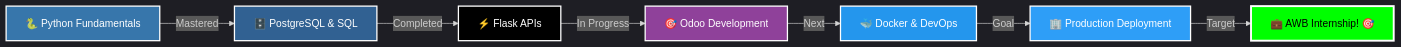
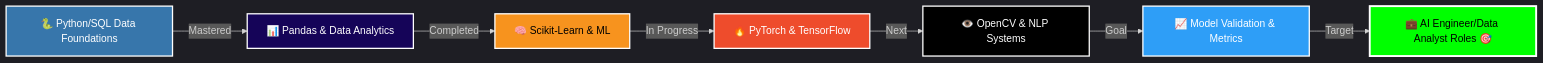
Before and after one commit to benben000000/benben000000: the diagram in README.md, drawn with Mermaid. The commit also changed other lines of this file and 2 other files, not shown here.

Commit message:
feat: optimize profile for AI Engineer and Data Analyst roles, add new AI project portfolio showcase

````diff
--- a/README.md
+++ b/README.md
@@ -462,18 +457,18 @@
 ```mermaid
 %%{init: {'theme':'dark', 'themeVariables': { 'darkMode': true }}}%%
 graph LR
-    A[🐍 Python Fundamentals] -->|Mastered| B[🗄️ PostgreSQL & SQL]
-    B -->|Completed| C[⚡ Flask APIs]
-    C -->|In Progress| D[🎯 Odoo Development]
-    D -->|Next| E[🐳 Docker & DevOps]
-    E -->|Goal| F[🏢 Production Deployment]
-    F -->|Target| G[💼 AWB Internship! 🎯]
+    A[🐍 Python/SQL Data Foundations] -->|Mastered| B[📊 Pandas & Data Analytics]
+    B -->|Completed| C[🧠 Scikit-Learn & ML]
+    C -->|In Progress| D[🔥 PyTorch & TensorFlow]
+    D -->|Next| E[👁️ OpenCV & NLP Systems]
+    E -->|Goal| F[📈 Model Validation & Metrics]
+    F -->|Target| G[💼 AI Engineer/Data Analyst Roles 🎯]
     
     style A fill:#3776AB,stroke:#fff,stroke-width:2px,color:#fff
-    style B fill:#316192,stroke:#fff,stroke-width:2px,color:#fff
-    style C fill:#000000,stroke:#fff,stroke-width:2px,color:#fff
-    style D fill:#8F419A,stroke:#fff,stroke-width:2px,color:#fff
-    style E fill:#2496ED,stroke:#fff,stroke-width:2px,color:#fff
+    style B fill:#150458,stroke:#fff,stroke-width:2px,color:#fff
+    style C fill:#F7931E,stroke:#fff,stroke-width:2px,color:#000
+    style D fill:#EE4C2C,stroke:#fff,stroke-width:2px,color:#fff
+    style E fill:#000000,stroke:#fff,stroke-width:2px,color:#fff
     style F fill:#2E9EF7,stroke:#fff,stroke-width:2px,color:#fff
     style G fill:#00FF00,stroke:#fff,stroke-width:3px,color:#000
 ```
````
